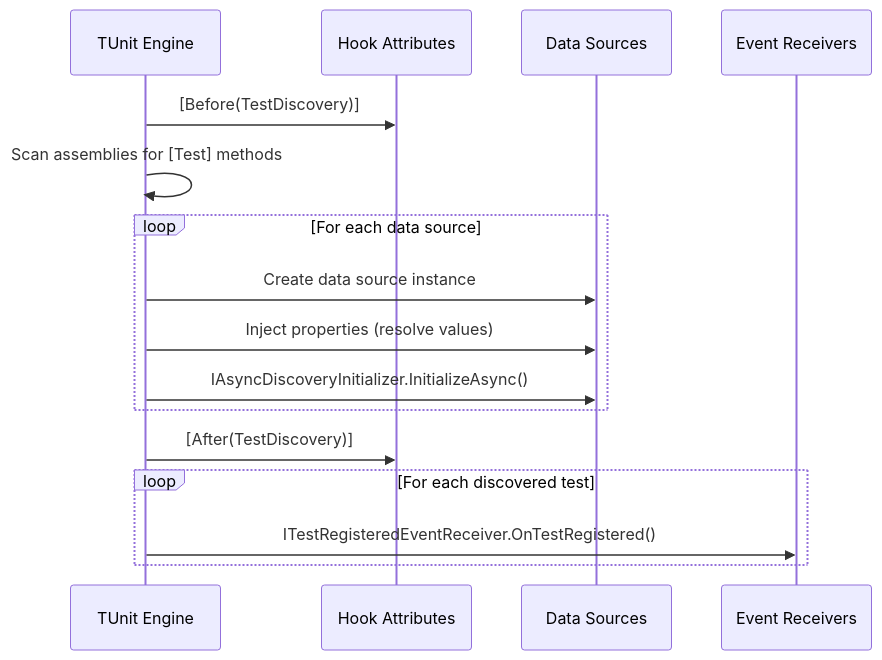
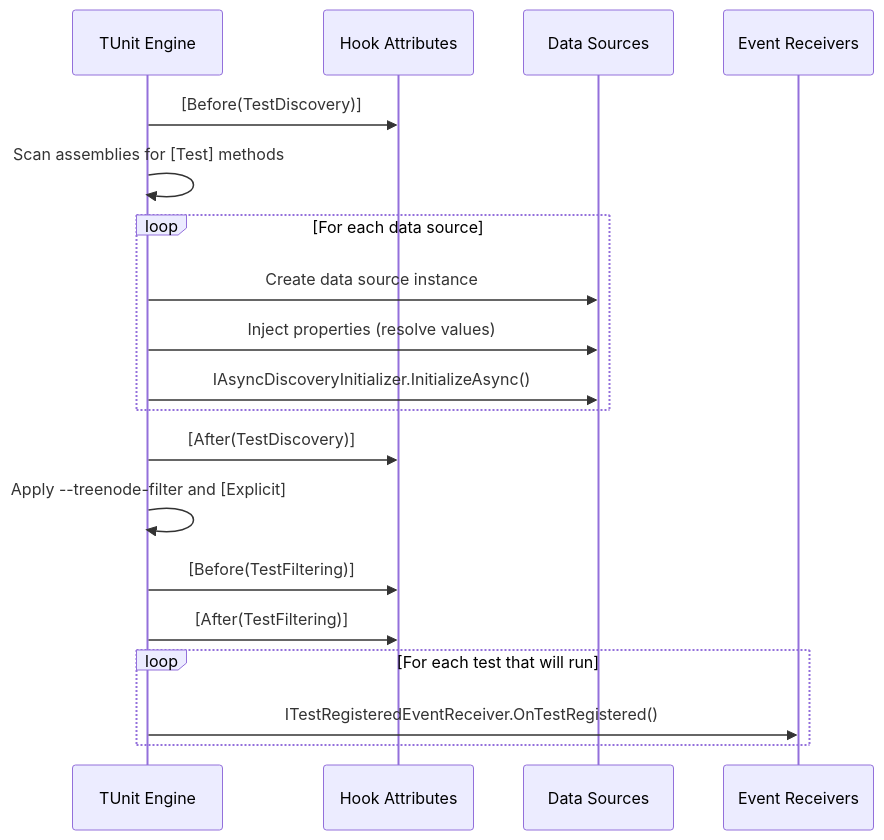
Before and after one commit to thomhurst/TUnit: the fourth of 10 diagrams in docs/docs/writing-tests/lifecycle.md, drawn with Mermaid. The commit also changed other lines of this file and 54 other files, not shown here.

````diff
--- a/docs/docs/writing-tests/lifecycle.md
+++ b/docs/docs/writing-tests/lifecycle.md
@@ -66,22 +67,25 @@
 ```mermaid
 sequenceDiagram
     participant Engine as TUnit Engine
     participant Hooks as Hook Attributes
     participant Data as Data Sources
     participant Events as Event Receivers
 
     Engine->>Hooks: [Before(TestDiscovery)]
     Engine->>Engine: Scan assemblies for [Test] methods
 
     loop For each data source
         Engine->>Data: Create data source instance
         Engine->>Data: Inject properties (resolve values)
         Engine->>Data: IAsyncDiscoveryInitializer.InitializeAsync()
     end
 
     Engine->>Hooks: [After(TestDiscovery)]
+    Engine->>Engine: Apply --treenode-filter and [Explicit]
+    Engine->>Hooks: [Before(TestFiltering)]
+    Engine->>Hooks: [After(TestFiltering)]
 
-    loop For each discovered test
+    loop For each test that will run
         Engine->>Events: ITestRegisteredEventReceiver.OnTestRegistered()
     end
 ```
````
